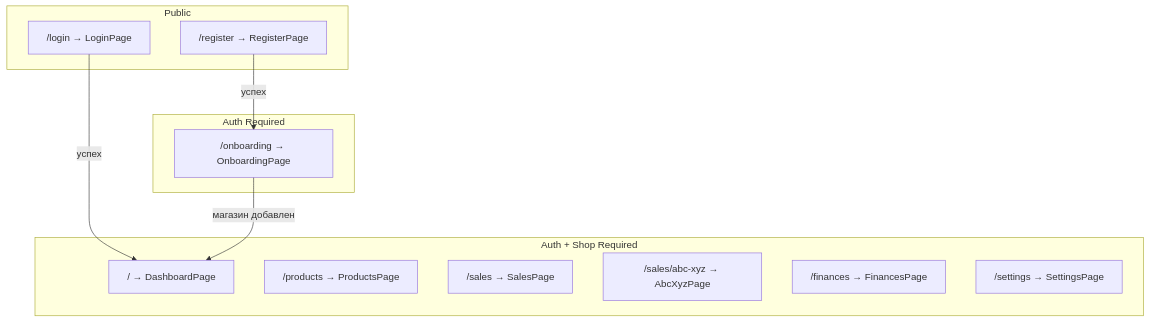
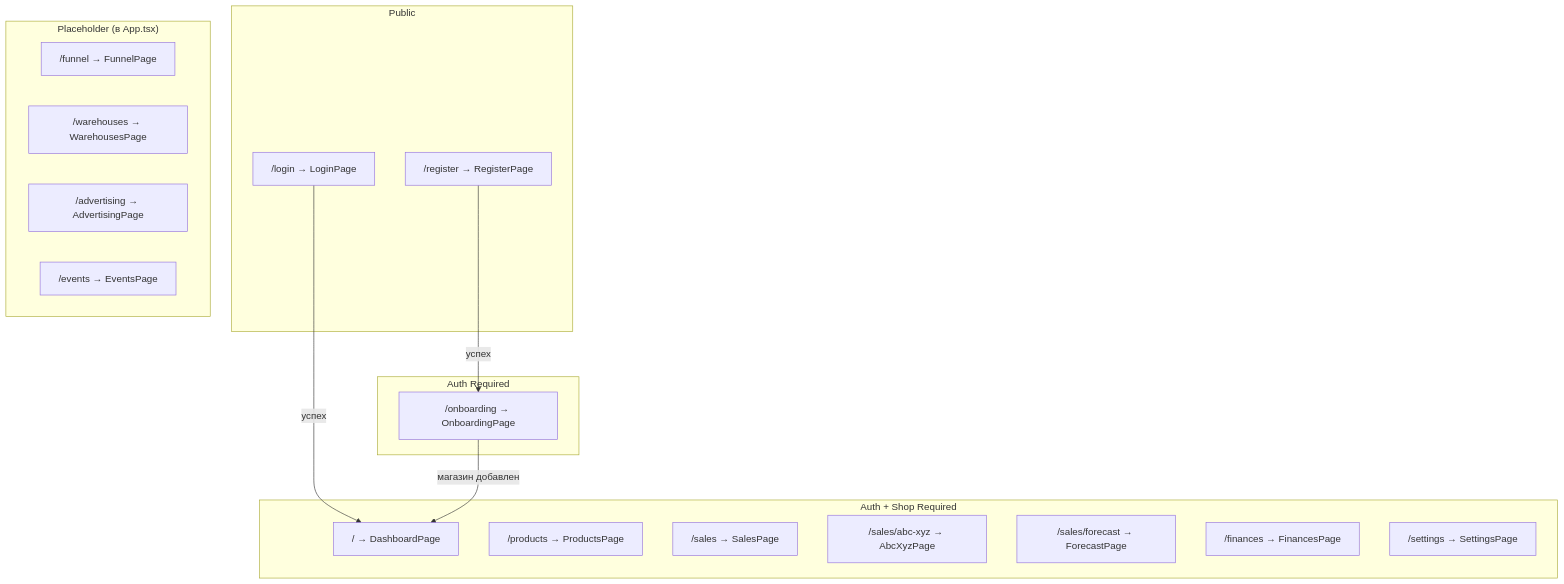
Before and after one commit to alex-web13-2001/MP-CONTROL: the first of 2 diagrams in docs/architecture/06_FRONTEND.md, drawn with Mermaid. The commit also changed other lines of this file and 3 other files, not shown here.

First line of the commit message:
docs: comprehensive architecture documentation audit & update

````diff
--- a/docs/architecture/06_FRONTEND.md
+++ b/docs/architecture/06_FRONTEND.md
@@ -25,24 +25,32 @@
 ```mermaid
 graph TB
     subgraph "Public"
         Login["/login → LoginPage"]
         Register["/register → RegisterPage"]
     end
 
     subgraph "Auth Required"
         Onboarding["/onboarding → OnboardingPage"]
     end
 
     subgraph "Auth + Shop Required"
         Dashboard["/ → DashboardPage"]
         Products["/products → ProductsPage"]
         Sales["/sales → SalesPage"]
         AbcXyz["/sales/abc-xyz → AbcXyzPage"]
+        Forecast["/sales/forecast → ForecastPage"]
         Finances["/finances → FinancesPage"]
         Settings["/settings → SettingsPage"]
+    end
+
+    subgraph "Placeholder (в App.tsx)"
+        Funnel["/funnel → FunnelPage"]
+        Warehouses["/warehouses → WarehousesPage"]
+        Advertising["/advertising → AdvertisingPage"]
+        Events["/events → EventsPage"]
     end
 
     Login -->|"успех"| Dashboard
     Register -->|"успех"| Onboarding
     Onboarding -->|"магазин добавлен"| Dashboard
 ```
````
